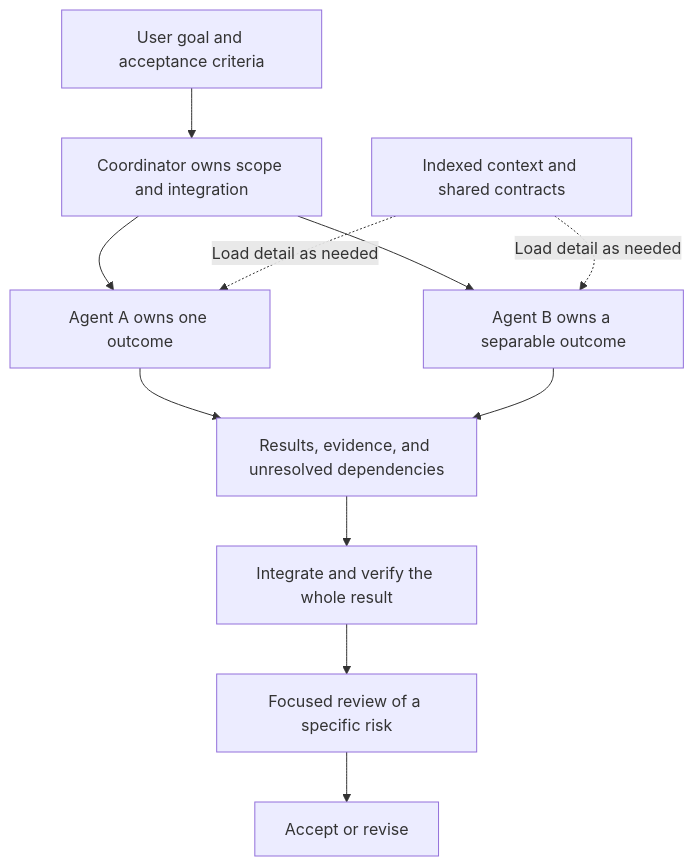
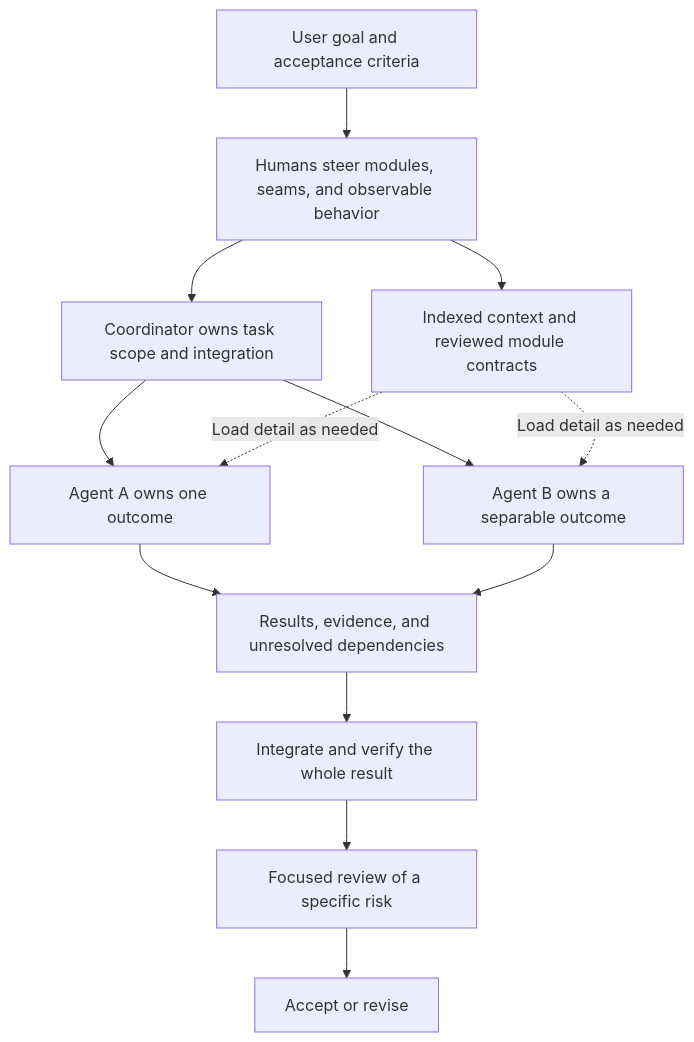
The diagram in drafting/software-engineering-for-agents/README.md (marshally/blogging), drawn with Mermaid before and after one commit. The commit also changed other lines of this file and 1 other file, not shown here.

Commit message:
plan: center human steering on module contracts
Capture reviewed interface tests, compact caller context, and human decisions about modules and observable behavior at their seams.

````diff
--- a/drafting/software-engineering-for-agents/README.md
+++ b/drafting/software-engineering-for-agents/README.md
@@ -11,13 +13,15 @@
 ```mermaid
 flowchart TD
-    G[User goal and acceptance criteria] --> C[Coordinator owns scope and integration]
+    G[User goal and acceptance criteria] --> H[Humans steer modules, seams, and observable behavior]
+    H --> C[Coordinator owns task scope and integration]
+    H --> K[Indexed context and reviewed module contracts]
     C --> A[Agent A owns one outcome]
     C --> B[Agent B owns a separable outcome]
-    K[Indexed context and shared contracts] -. Load detail as needed .-> A
+    K -. Load detail as needed .-> A
     K -. Load detail as needed .-> B
     A --> E[Results, evidence, and unresolved dependencies]
     B --> E
     E --> I[Integrate and verify the whole result]
     I --> R[Focused review of a specific risk]
     R --> D[Accept or revise]
 ```
````
